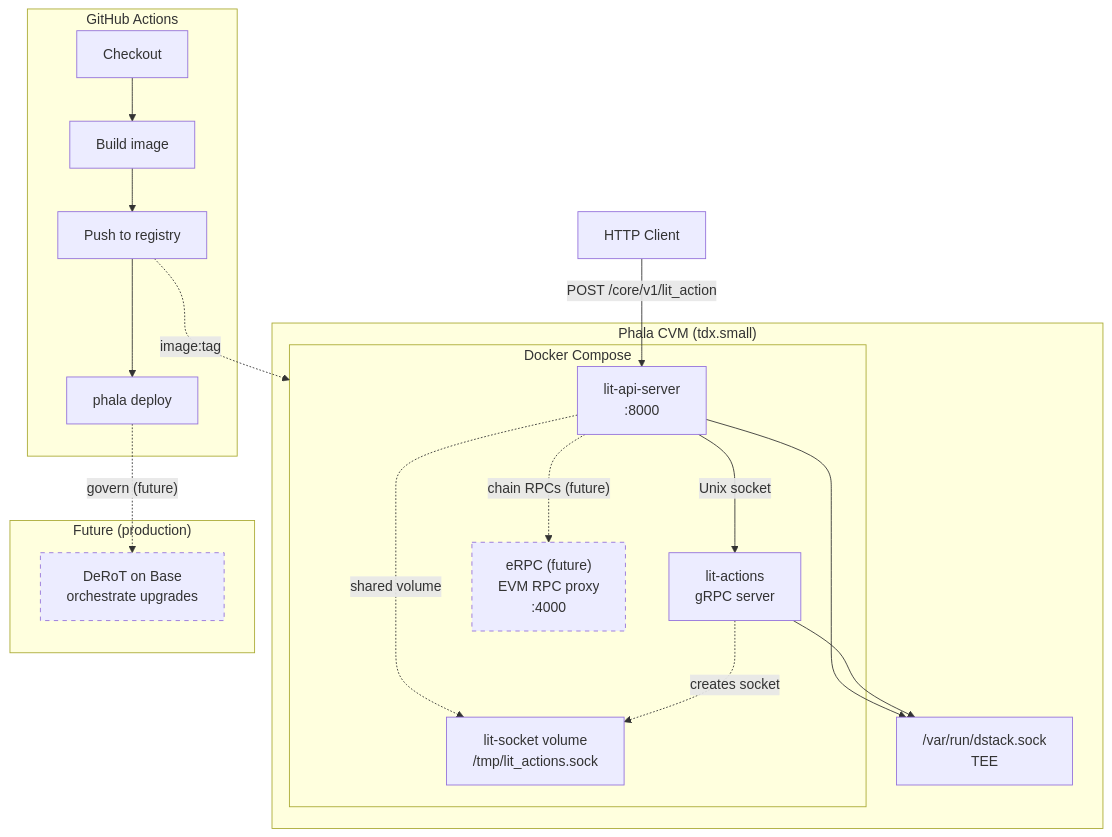
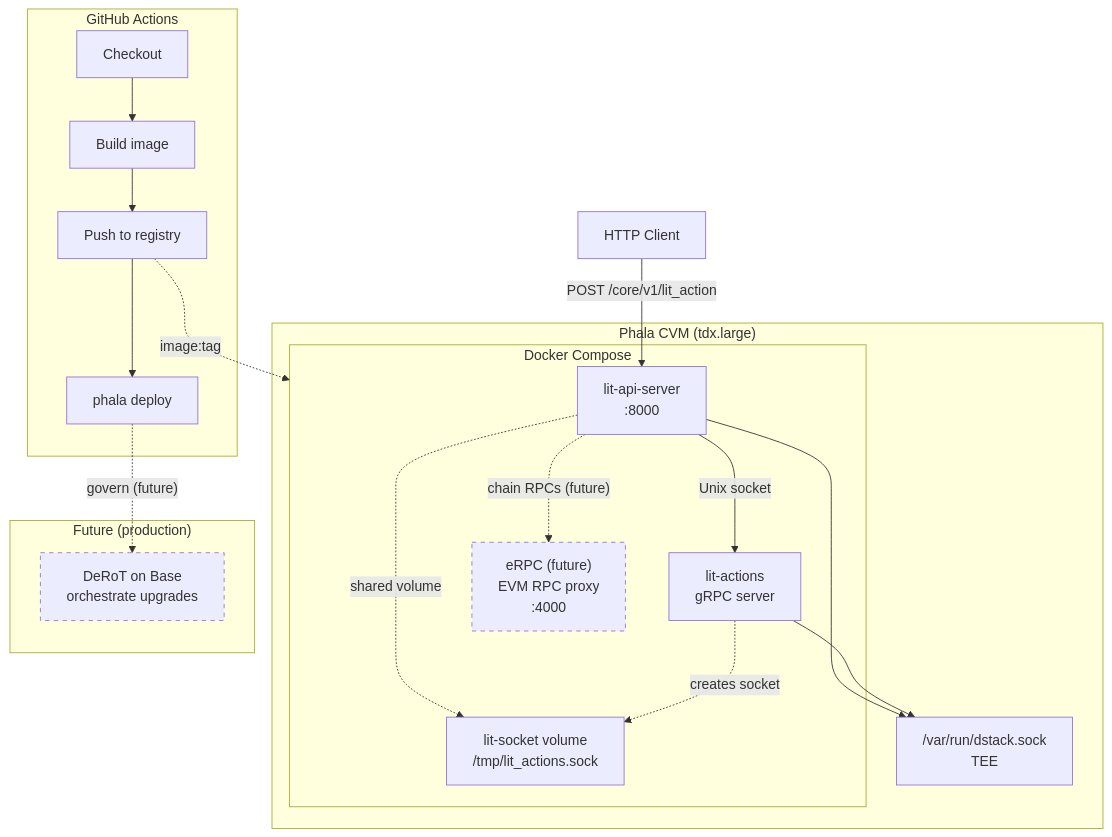
Before and after one commit to LIT-Protocol/chipotle: the diagram in docs/deployment/deployment-diagram.mmd, drawn with Mermaid. The commit also changed 5 other files, not shown here.

Commit message:
switch tdx.small -> tdx.large

```diff
--- a/docs/deployment/deployment-diagram.mmd
+++ b/docs/deployment/deployment-diagram.mmd
@@ -1,35 +1,35 @@
 flowchart TB
-    subgraph CVM["Phala CVM (tdx.small)"]
+    subgraph CVM["Phala CVM (tdx.large)"]
         subgraph containers["Docker Compose"]
             API["lit-api-server<br/>:8000"]
             Actions["lit-actions<br/>gRPC server"]
             eRPC["eRPC (future)<br/>EVM RPC proxy<br/>:4000"]
             Vol["lit-socket volume<br/>/tmp/lit_actions.sock"]
         end
         Dstack["/var/run/dstack.sock<br/>TEE"]
     end
 
     Client["HTTP Client"] -->|"POST /core/v1/lit_action"| API
     API -->|"Unix socket"| Actions
     API -.->|"shared volume"| Vol
     Actions -.->|"creates socket"| Vol
     API -.->|"chain RPCs (future)"| eRPC
     API --> Dstack
     Actions --> Dstack
 
     subgraph CI["GitHub Actions"]
         Checkout["Checkout"] --> Build["Build image"]
         Build --> Push["Push to registry"]
         Push --> Deploy["phala deploy"]
     end
 
     Push -.->|"image:tag"| containers
 
     subgraph future["Future (production)"]
         DeRoT["DeRoT on Base<br/>orchestrate upgrades"]
     end
 
     Deploy -.->|"govern (future)"| DeRoT
 
     style eRPC stroke-dasharray: 5 5
     style DeRoT stroke-dasharray: 5 5
```
